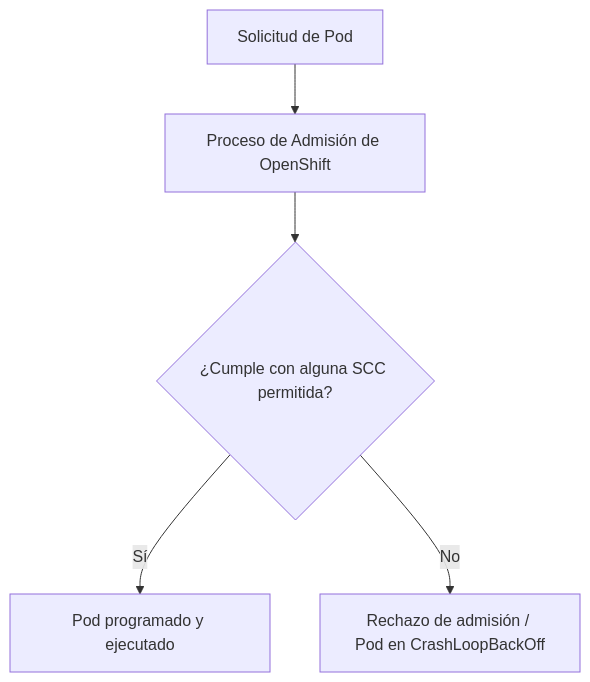
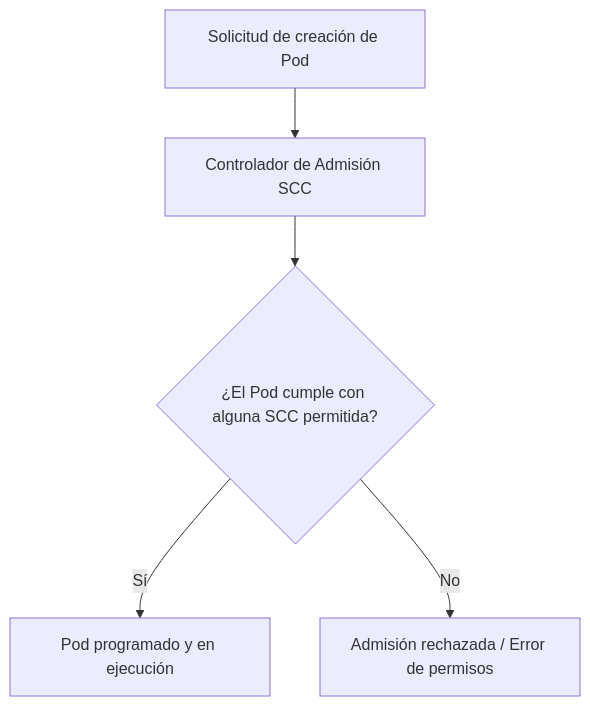
One commit to ieftraining/curso-openshift changed the first of 4 diagrams in docs/sesion2/2.6 Politicas de Seguridad.md. Above: the diagram before and after it, drawn with Mermaid. The commit also changed other lines of this file, not shown here.

````diff
--- a/docs/sesion2/2.6 Politicas de Seguridad.md
+++ b/docs/sesion2/2.6 Politicas de Seguridad.md
@@ -26,7 +19,7 @@
 ```mermaid
 flowchart TD
-    A[Solicitud de Pod] --> B[Proceso de Admisión de OpenShift]
-    B --> C{¿Cumple con alguna SCC permitida?}
-    C -- Sí --> D[Pod programado y ejecutado]
-    C -- No --> E[Rechazo de admisión / Pod en CrashLoopBackOff]
+    A[Solicitud de creación de Pod] --> B[Controlador de Admisión SCC]
+    B --> C{¿El Pod cumple con alguna SCC permitida?}
+    C -- Sí --> D[Pod programado y en ejecución]
+    C -- No --> E[Admisión rechazada / Error de permisos]
 ```
````
